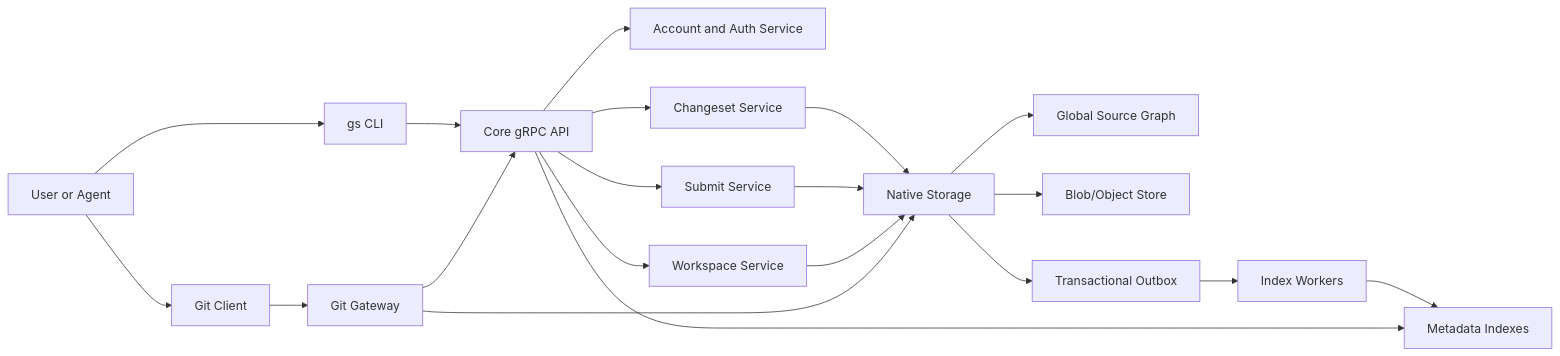
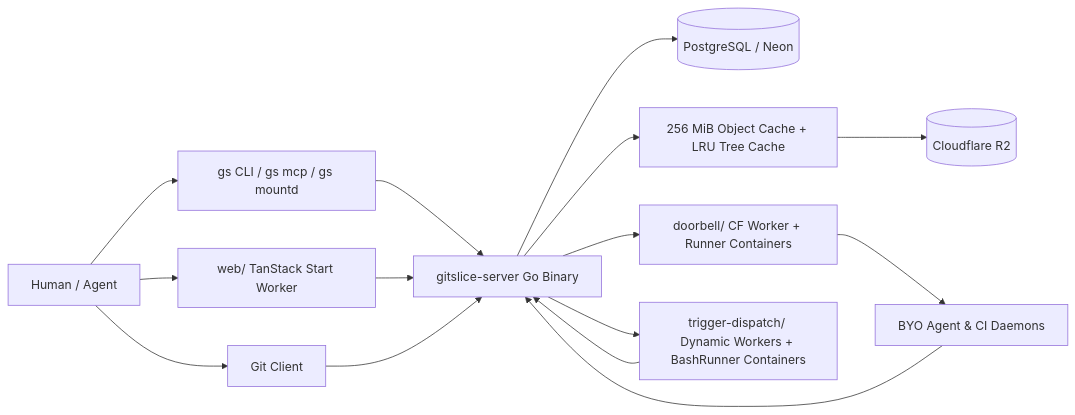
Before and after one commit to gitslice-io/gitslice: the diagram in design/01_gitslice_architecture_design.md, drawn with Mermaid. The commit also changed other lines of this file and 40 other files, not shown here.

````diff
--- a/design/01_gitslice_architecture_design.md
+++ b/design/01_gitslice_architecture_design.md
@@ -50,28 +35,20 @@
 ```mermaid
 flowchart LR
-  User[User or Agent] --> CLI[gs CLI]
+  User[Human / Agent] --> CLI[gs CLI / gs mcp / gs mountd]
+  User --> Web[web/ TanStack Start Worker]
   User --> Git[Git Client]
+  Daemon[BYO Agent & CI Daemons] --> Server
 
-  CLI --> Core[Core gRPC API]
-  Git --> Gateway[Git Gateway]
-  Gateway --> Core
+  CLI --> Server[gitslice-server Go Binary]
+  Web --> Server
+  Git --> Server
 
-  Core --> Auth[Account and Auth Service]
-  Core --> Changesets[Changeset Service]
-  Core --> Submit[Submit Service]
-  Core --> Workspace[Workspace Service]
+  Server --> PG[(PostgreSQL / Neon)]
+  Server --> Cache[256 MiB Object Cache + LRU Tree Cache]
+  Cache --> R2[(Cloudflare R2)]
 
-  Changesets --> Storage[Native Storage]
-  Submit --> Storage
-  Workspace --> Storage
-  Gateway --> Storage
-
-  Storage --> Graph[Global Source Graph]
-  Storage --> Objects[Blob/Object Store]
-  Storage --> Outbox[Transactional Outbox]
-
-  Outbox --> Indexers[Index Workers]
-  Indexers --> MetadataIndexes[Metadata Indexes]
-
-  Core --> MetadataIndexes
+  Server --> Doorbell[doorbell/ CF Worker + Runner Containers]
+  Doorbell --> Daemon
+  Server --> TriggerDispatch[trigger-dispatch/ Dynamic Workers + BashRunner Containers]
+  TriggerDispatch --> Server
 ```
````
